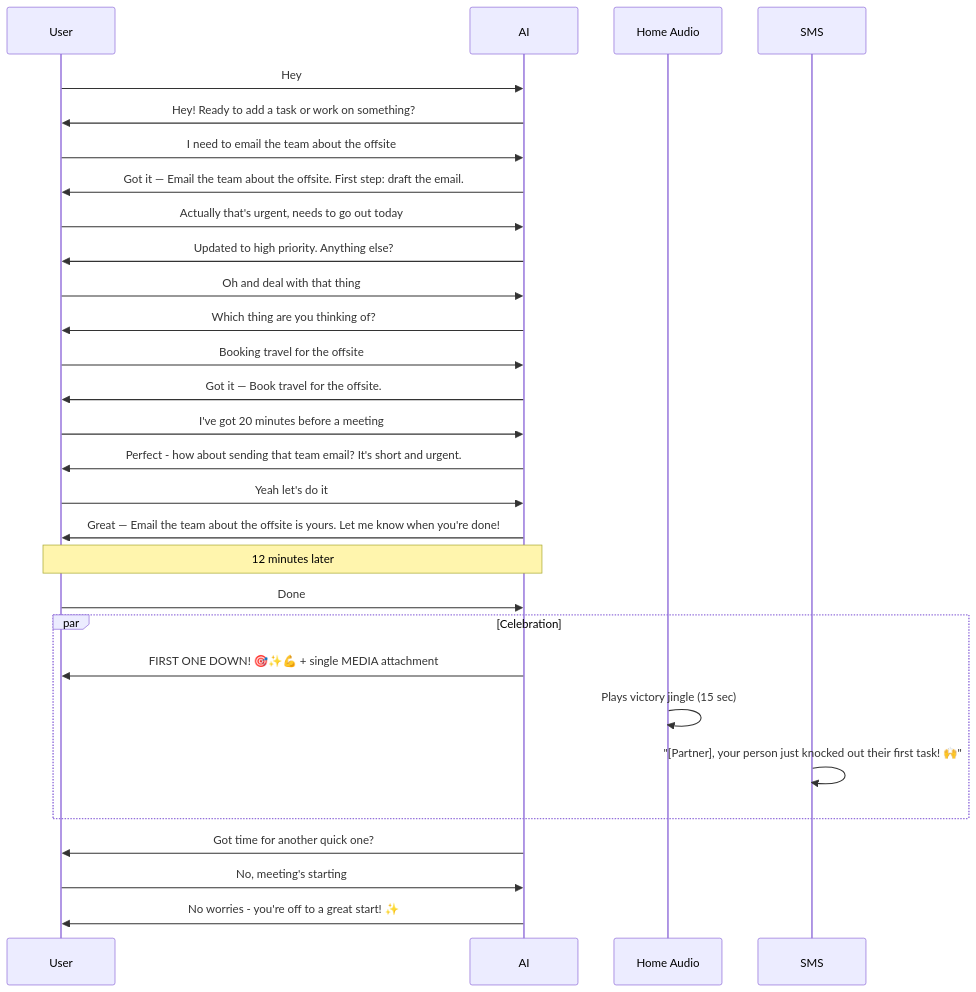
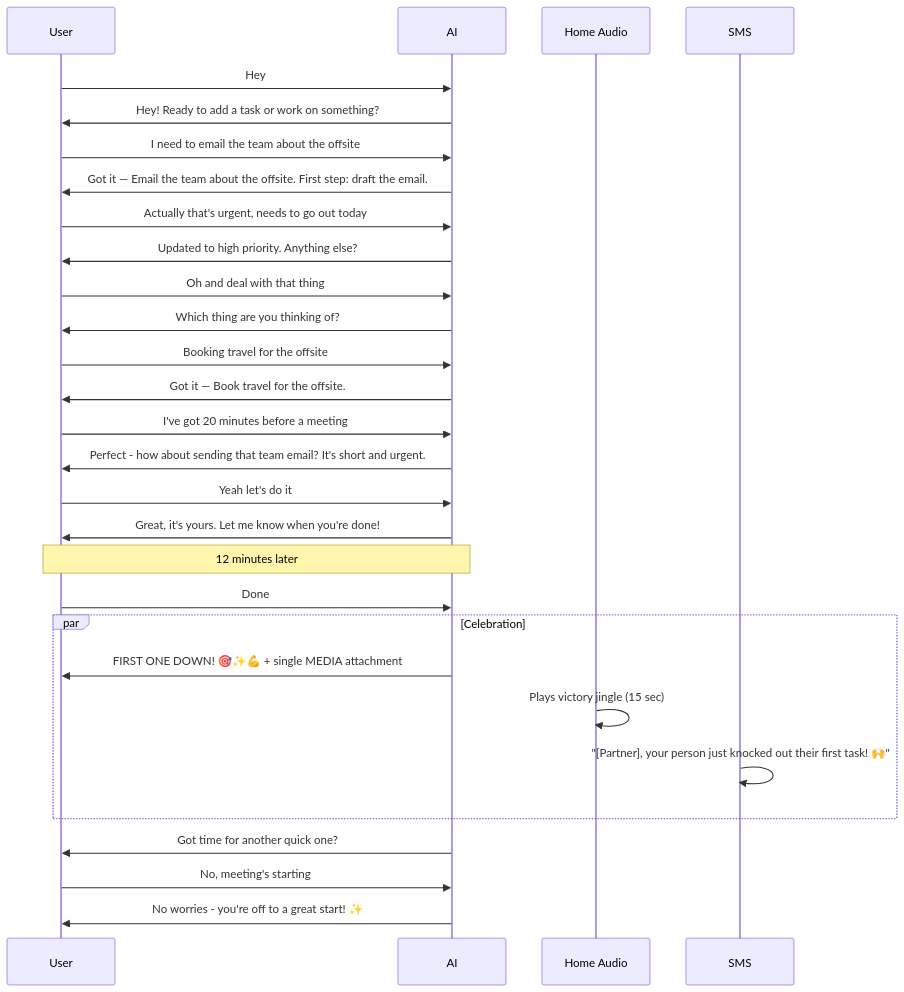
Before and after one commit to NickBorgersProbably/hide-my-list: diagram 27 of 28 in docs/user-interactions.md, drawn with Mermaid. The commit also changed other lines of this file and 17 other files, not shown here.

````diff
--- a/docs/user-interactions.md
+++ b/docs/user-interactions.md
@@ -1040,39 +1049,39 @@
 ```mermaid
 sequenceDiagram
     participant U as User
     participant AI as AI
     participant HA as Home Audio
     participant SMS as SMS
 
     U->>AI: Hey
     AI->>U: Hey! Ready to add a task or work on something?
 
     U->>AI: I need to email the team about the offsite
     AI->>U: Got it — Email the team about the offsite. First step: draft the email.
     U->>AI: Actually that's urgent, needs to go out today
     AI->>U: Updated to high priority. Anything else?
 
     U->>AI: Oh and deal with that thing
     AI->>U: Which thing are you thinking of?
     U->>AI: Booking travel for the offsite
     AI->>U: Got it — Book travel for the offsite.
 
     U->>AI: I've got 20 minutes before a meeting
     AI->>U: Perfect - how about sending that team email? It's short and urgent.
     U->>AI: Yeah let's do it
-    AI->>U: Great — Email the team about the offsite is yours. Let me know when you're done!
+    AI->>U: Great, it's yours. Let me know when you're done!
 
     Note over U,AI: 12 minutes later
 
     U->>AI: Done
 
     par Celebration
         AI->>U: FIRST ONE DOWN! 🎯✨💪 + single MEDIA attachment
         HA->>HA: Plays victory jingle (15 sec)
         SMS->>SMS: "[Partner], your person just knocked out their first task! 🙌"
     end
 
     AI->>U: Got time for another quick one?
     U->>AI: No, meeting's starting
     AI->>U: No worries - you're off to a great start! ✨
 ```
````
